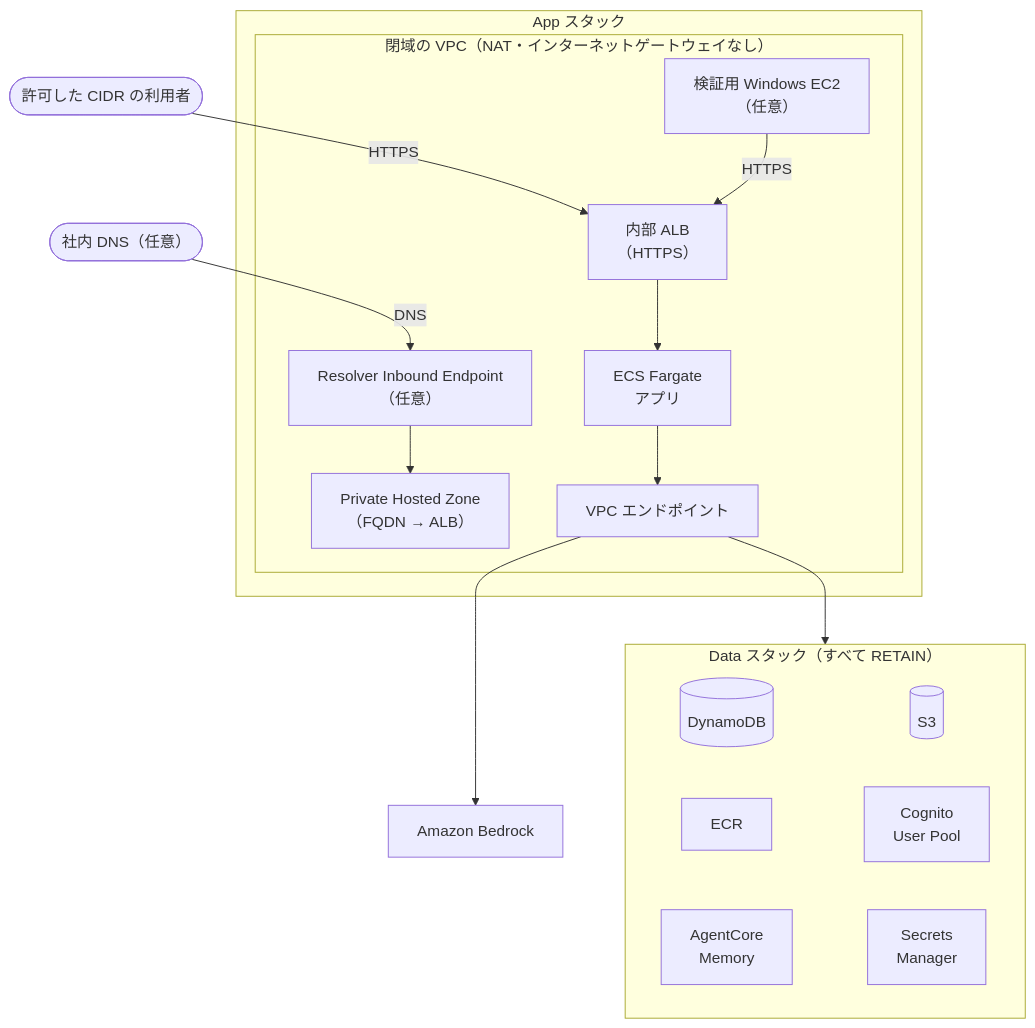
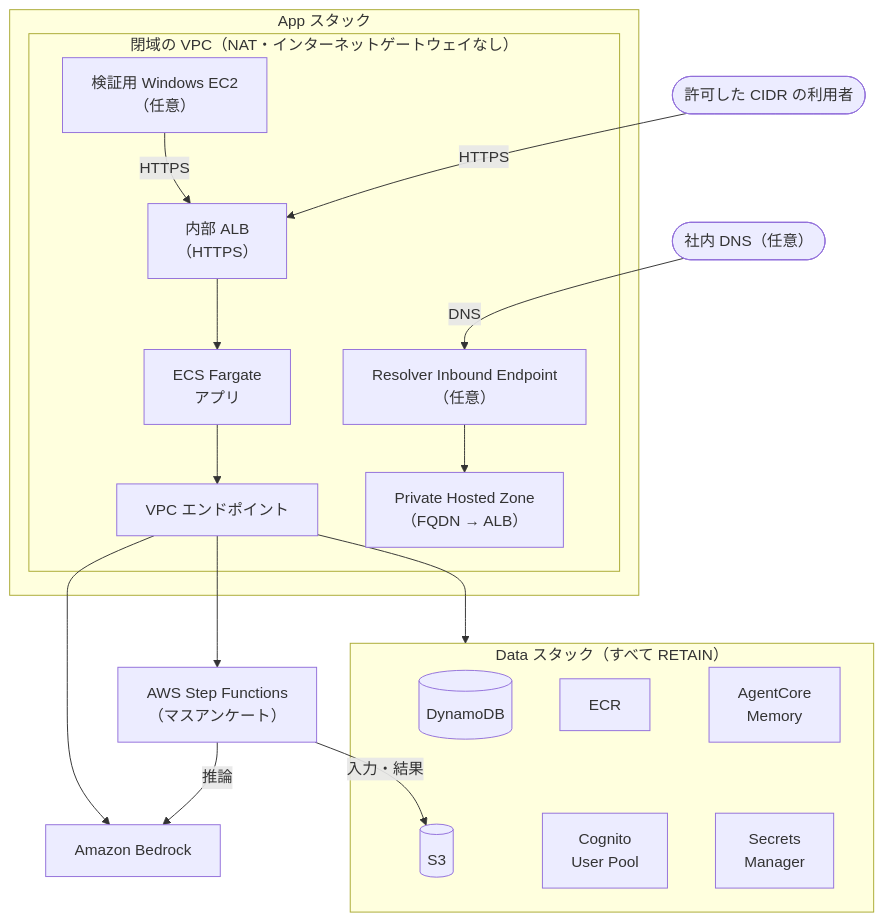
Before and after one commit to aws-samples/sample-ai-persona: the diagram in docs/closed_network.md, drawn with Mermaid. The commit also changed other lines of this file and 93 other files, not shown here.

First line of the commit message:
refactor: アンケートの推論をバッチ推論から Step Functions のオンデマンド推論へ移す

````diff
--- a/docs/closed_network.md
+++ b/docs/closed_network.md
@@ -7,28 +7,32 @@
 ```mermaid
 flowchart TB
     Client([許可した CIDR の利用者])
     DNS([社内 DNS（任意）])
 
     subgraph App["App スタック"]
         subgraph VPC["閉域の VPC（NAT・インターネットゲートウェイなし）"]
             EC2["検証用 Windows EC2<br/>（任意）"]
             R["Resolver Inbound Endpoint<br/>（任意）"] --> PHZ["Private Hosted Zone<br/>（FQDN → ALB）"]
             ALB["内部 ALB<br/>（HTTPS）"] --> ECS[ECS Fargate<br/>アプリ]
             ECS --> EP[VPC エンドポイント]
         end
     end
 
     subgraph Data["Data スタック（すべて RETAIN）"]
         DynamoDB[(DynamoDB)] ~~~ S3[(S3)]
         ECR[ECR] ~~~ Cognito[Cognito<br/>User Pool]
         Memory[AgentCore<br/>Memory] ~~~ Secrets[Secrets<br/>Manager]
     end
 
     Bedrock[Amazon Bedrock]
+    SFN["AWS Step Functions<br/>（マスアンケート）"]
 
     Client -->|HTTPS| ALB
     EC2 -->|HTTPS| ALB
     DNS -->|DNS| R
     EP --> Data
     EP --> Bedrock
+    EP --> SFN
+    SFN -->|推論| Bedrock
+    SFN -->|入力・結果| S3
 ```
````
